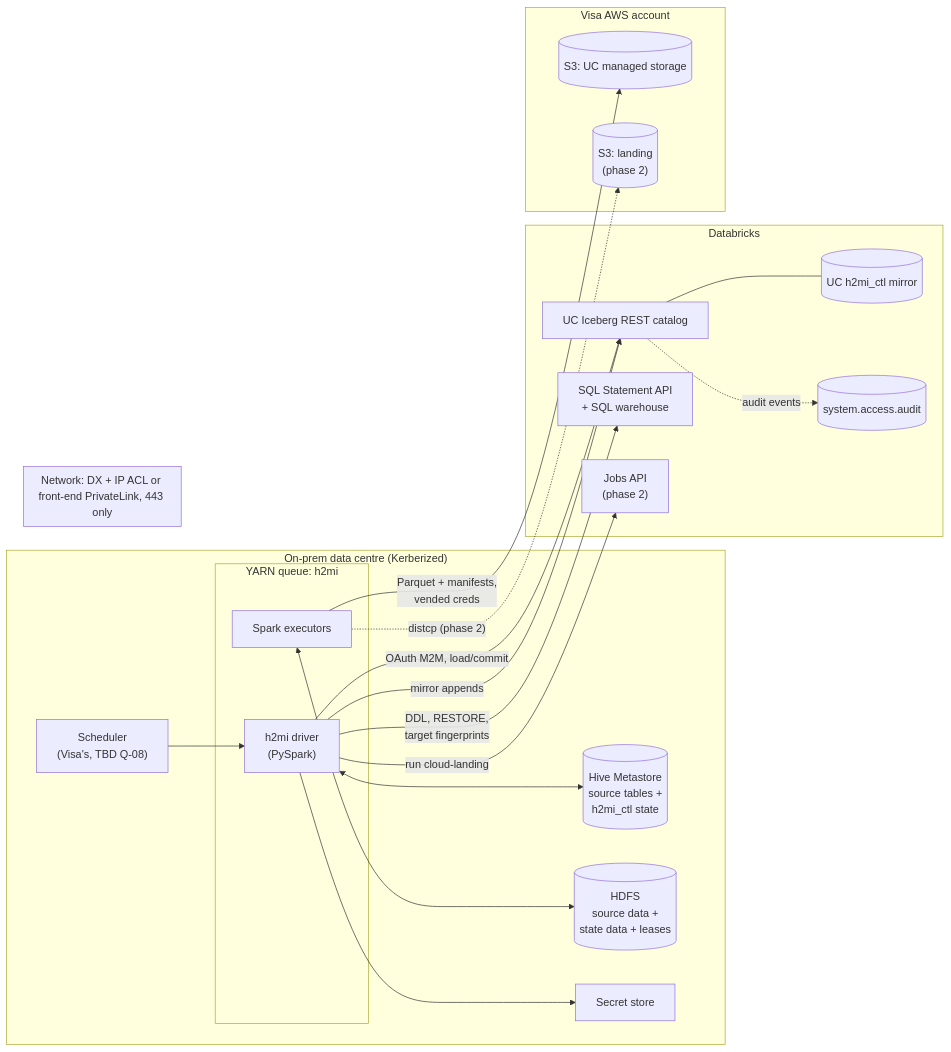
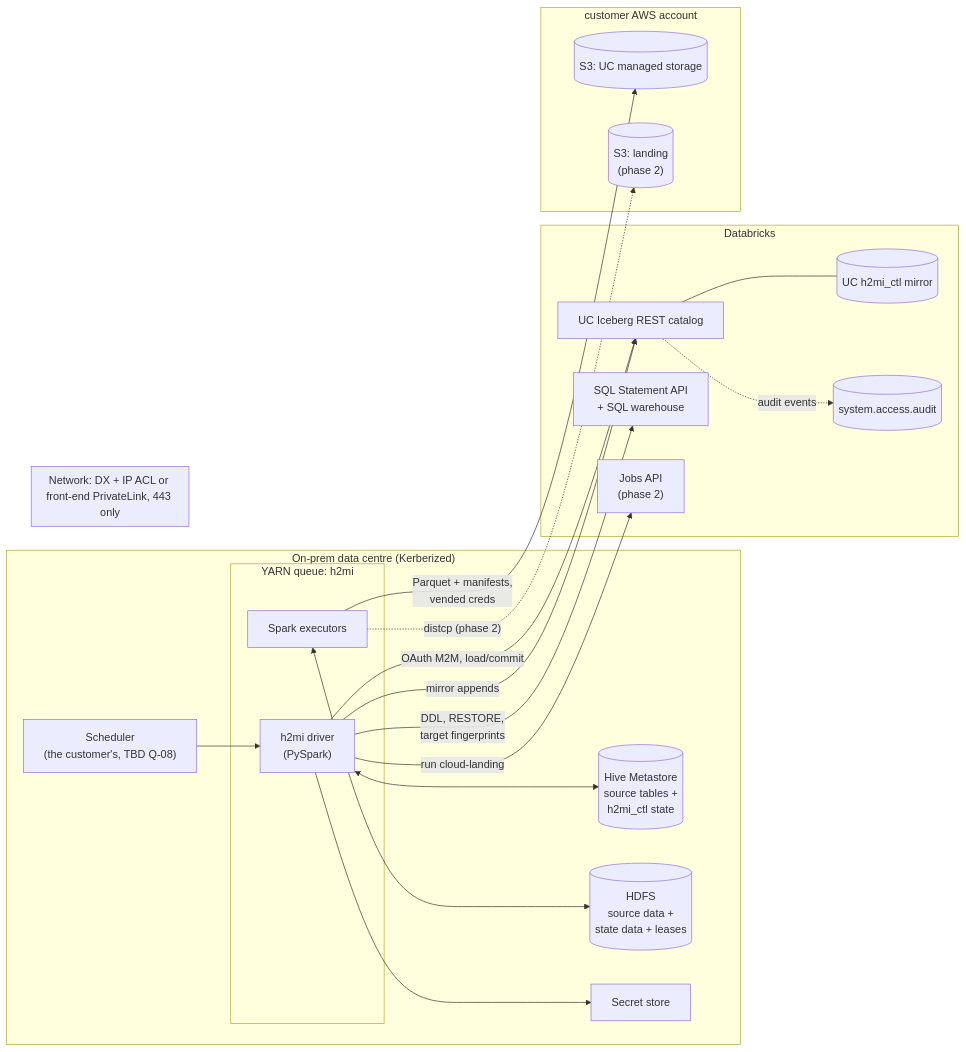
Before and after one commit to databricks-solutions/specialist-offerings: the first of 3 diagrams in docs/technical_design.md, drawn with Mermaid. The commit also changed other lines of this file and 18 other files, not shown here.

````diff
--- a/docs/technical_design.md
+++ b/docs/technical_design.md
@@ -63,38 +63,38 @@
 ```mermaid
 flowchart LR
   subgraph ONPREM["On-prem data centre (Kerberized)"]
-    SCHED["Scheduler<br/>(Visa's, TBD Q-08)"]
+    SCHED["Scheduler<br/>(the customer's, TBD Q-08)"]
     subgraph YARN["YARN queue: h2mi"]
       DRV["h2mi driver<br/>(PySpark)"]
       EXE["Spark executors"]
     end
     HMS[("Hive Metastore<br/>source tables +<br/>h2mi_ctl state")]
     HDFS[("HDFS<br/>source data +<br/>state data + leases")]
     VAULT["Secret store"]
   end
   subgraph NET["Network: DX + IP ACL or front-end PrivateLink, 443 only"]
   end
   subgraph DBX["Databricks"]
     IRC["UC Iceberg REST catalog"]
     SQLAPI["SQL Statement API<br/>+ SQL warehouse"]
     JOBS["Jobs API<br/>(phase 2)"]
     MIRROR[("UC h2mi_ctl mirror")]
     AUDIT[("system.access.audit")]
   end
-  subgraph AWS["Visa AWS account"]
+  subgraph AWS["customer AWS account"]
     S3MI[("S3: UC managed storage")]
     S3LAND[("S3: landing<br/>(phase 2)")]
   end
   SCHED --> DRV
   DRV <--> HMS
   EXE <--> HDFS
   DRV --> VAULT
   DRV -- "OAuth M2M, load/commit" --> IRC
   EXE -- "Parquet + manifests,<br/>vended creds" --> S3MI
   DRV -- "DDL, RESTORE,<br/>target fingerprints" --> SQLAPI
   DRV -- "run cloud-landing" --> JOBS
   DRV -- "mirror appends" --> IRC
   IRC --- MIRROR
   IRC -. "audit events" .-> AUDIT
   EXE -. "distcp (phase 2)" .-> S3LAND
 ```
````
